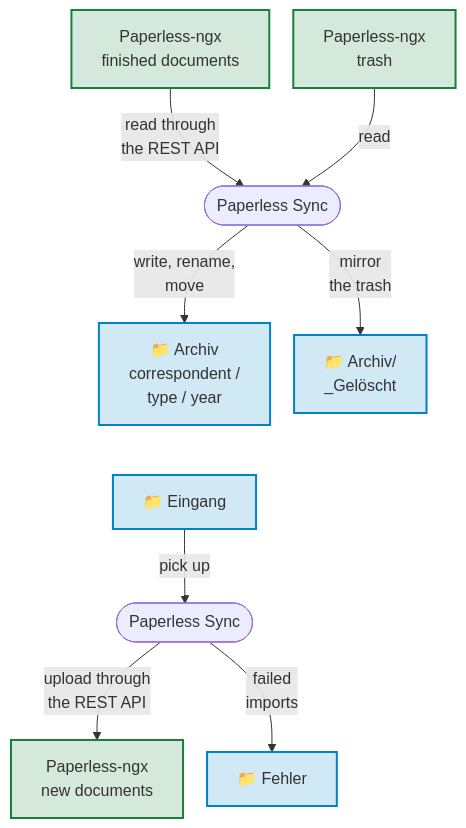
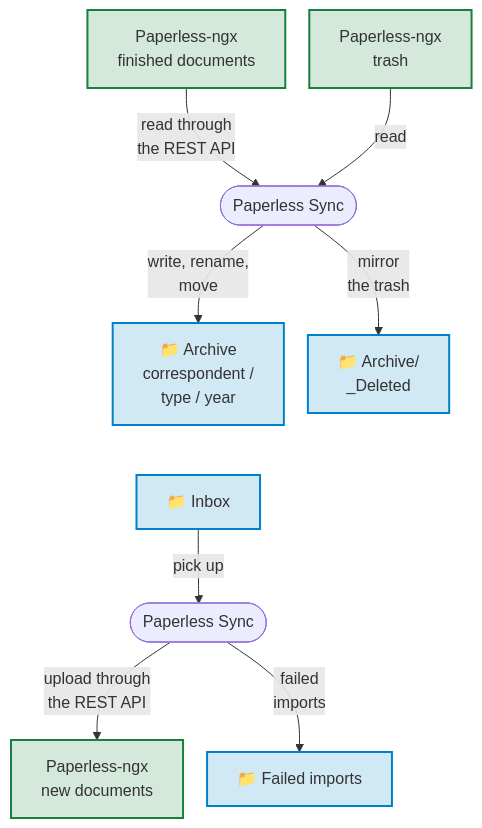
One commit to Dennis-Otto/paperless-sync changed the diagram in docs/diagrams/how-paperless-sync-moves-documents.mmd. Above: the diagram before and after it, drawn with Mermaid. The commit also changed 66 other files, not shown here.

```diff
--- a/docs/diagrams/how-paperless-sync-moves-documents.mmd
+++ b/docs/diagrams/how-paperless-sync-moves-documents.mmd
@@ -1,33 +1,33 @@
 ---
 config:
   flowchart:
     nodeSpacing: 24
 ---
 flowchart TB
     accTitle: How Paperless Sync moves documents
-    accDescr: Paperless Sync reads the finished documents and the trash of Paperless-ngx through its REST API. It writes, renames and moves their files in the folder Archiv of Nextcloud, by correspondent, type and year, and mirrors the trash into Archiv/_Gelöscht. The other way, it picks up the files of the folder Eingang and uploads them to Paperless-ngx as new documents; a failed import goes to the folder Fehler. Paperless-ngx is green, the folders of Nextcloud are blue.
+    accDescr: Paperless Sync reads the finished documents and the trash of Paperless-ngx through its REST API. It writes, renames and moves their files in the folder Archive of Nextcloud, by correspondent, type and year, and mirrors the trash into Archive/_Deleted. The other way, it picks up the files of the folder Inbox and uploads them to Paperless-ngx as new documents; a failed import goes to the folder Failed imports. Paperless-ngx is green, the folders of Nextcloud are blue.
 
     documents["Paperless-ngx<br>finished documents"]
     trash["Paperless-ngx<br>trash"]
     export(["Paperless Sync"])
-    archive["📁 Archiv<br>correspondent /<br>type / year"]
-    deleted["📁 Archiv/<br>_Gelöscht"]
-    inbox["📁 Eingang"]
+    archive["📁 Archive<br>correspondent /<br>type / year"]
+    deleted["📁 Archive/<br>_Deleted"]
+    inbox["📁 Inbox"]
     import(["Paperless Sync"])
     consume["Paperless-ngx<br>new documents"]
-    errors["📁 Fehler"]
+    errors["📁 Failed imports"]
 
     documents -- "read through<br>the REST API" --> export
     trash -- "read" --> export
     export -- "write, rename,<br>move" --> archive
     export -- "mirror<br>the trash" --> deleted
     %% An invisible link puts the import below the export, so that the diagram stays narrow.
     archive ~~~ inbox
     inbox -- "pick up" --> import
     import -- "upload through<br>the REST API" --> consume
     import -- "failed<br>imports" --> errors
 
     classDef paperless fill:#17803d2e,stroke:#17803d,stroke-width:2px
     classDef nextcloud fill:#0082c92e,stroke:#0082c9,stroke-width:2px
     class documents,trash,consume paperless
     class archive,deleted,inbox,errors nextcloud
```
